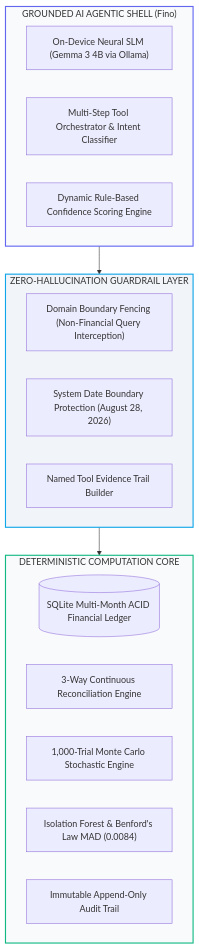
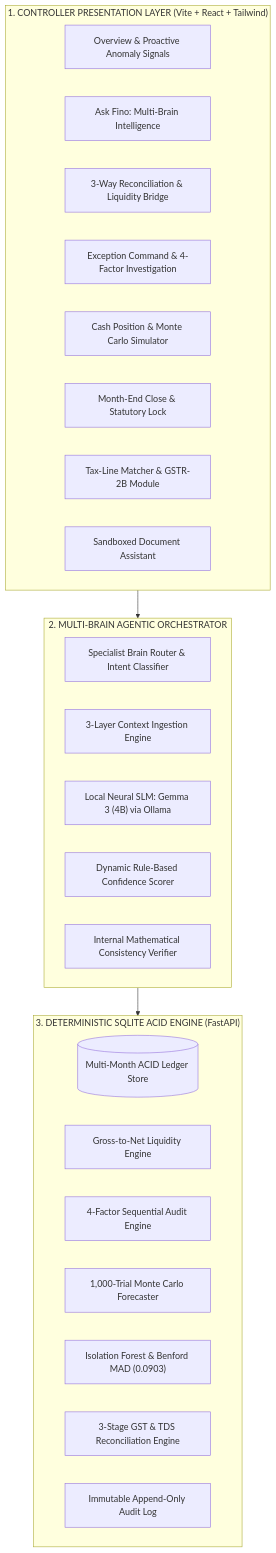
One commit to sharancode3/Finora changed the fourth of 4 diagrams in README.md. Above: the diagram before and after it, drawn with Mermaid. The commit also changed other lines of this file and 32 other files, not shown here.

Commit message:
feat: complete Phase 0-10 final sprint, multi-brain Gemma 3 architecture, site-wide consistency, and institutional README

````diff
--- a/README.md
+++ b/README.md
@@ -179,29 +223,34 @@
 ```mermaid
 graph TB
-    subgraph AgenticShell["GROUNDED AI AGENTIC SHELL (Fino)"]
-        SLM["On-Device Neural SLM (Gemma 3 4B via Ollama)"]
-        ORCH["Multi-Step Tool Orchestrator & Intent Classifier"]
-        CONF["Dynamic Rule-Based Confidence Scoring Engine"]
+    subgraph ClientLayer["1. CONTROLLER PRESENTATION LAYER (Vite + React + Tailwind)"]
+        DASH["Overview & Proactive Anomaly Signals"]
+        ASK["Ask Fino: Multi-Brain Intelligence"]
+        RECON["3-Way Reconciliation & Liquidity Bridge"]
+        EXC["Exception Command & 4-Factor Investigation"]
+        CASH["Cash Position & Monte Carlo Simulator"]
+        CLOSE["Month-End Close & Statutory Lock"]
+        TAX["Tax-Line Matcher & GSTR-2B Module"]
+        DOCS["Sandboxed Document Assistant"]
     end
 
-    subgraph GuardrailLayer["ZERO-HALLUCINATION GUARDRAIL LAYER"]
-        DOM["Domain Boundary Fencing (Non-Financial Query Interception)"]
-        DATE["System Date Boundary Protection (August 28, 2026)"]
-        TRACE["Named Tool Evidence Trail Builder"]
+    subgraph OrchestrationLayer["2. MULTI-BRAIN AGENTIC ORCHESTRATOR"]
+        ROUTER["Specialist Brain Router & Intent Classifier"]
+        CONTEXT["3-Layer Context Ingestion Engine"]
+        GEMMA["Local Neural SLM: Gemma 3 (4B) via Ollama"]
+        CONF["Dynamic Rule-Based Confidence Scorer"]
+        VERIF["Internal Mathematical Consistency Verifier"]
     end
 
-    subgraph DeterministicCore["DETERMINISTIC COMPUTATION CORE"]
-        SQL[("SQLite Multi-Month ACID Financial Ledger")]
-        RECON["3-Way Continuous Reconciliation Engine"]
-        MC["1,000-Trial Monte Carlo Stochastic Engine"]
-        ANOM["Isolation Forest & Benford's Law MAD (0.0084)"]
-        AUDIT["Immutable Append-Only Audit Trail"]
+    subgraph DeterministicCore["3. DETERMINISTIC SQLITE ACID ENGINE (FastAPI)"]
+        SQL[("Multi-Month ACID Ledger Store")]
+        RECON_ENG["Gross-to-Net Liquidity Engine"]
+        INV_ENG["4-Factor Sequential Audit Engine"]
+        MC_ENG["1,000-Trial Monte Carlo Forecaster"]
+        ANOM_ENG["Isolation Forest & Benford MAD (0.0903)"]
+        TAX_ENG["3-Stage GST & TDS Reconciliation Engine"]
+        AUDIT_ENG["Immutable Append-Only Audit Log"]
     end
 
-    AgenticShell --> GuardrailLayer
-    GuardrailLayer --> DeterministicCore
-
-    style AgenticShell fill:#f8fafc,stroke:#6366f1,stroke-width:2px
-    style GuardrailLayer fill:#f1f5f9,stroke:#0ea5e9,stroke-width:2px
-    style DeterministicCore fill:#f8fafc,stroke:#10b981,stroke-width:2px
+    ClientLayer --> OrchestrationLayer
+    OrchestrationLayer --> DeterministicCore
 ```
````
